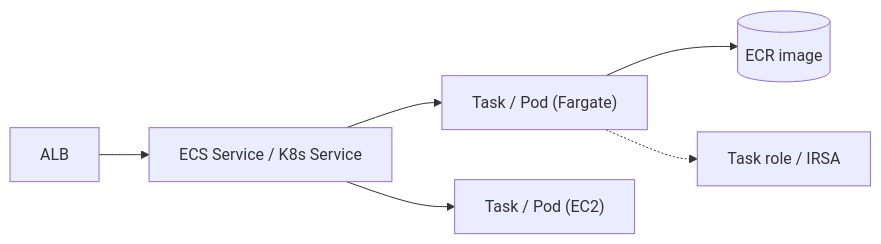
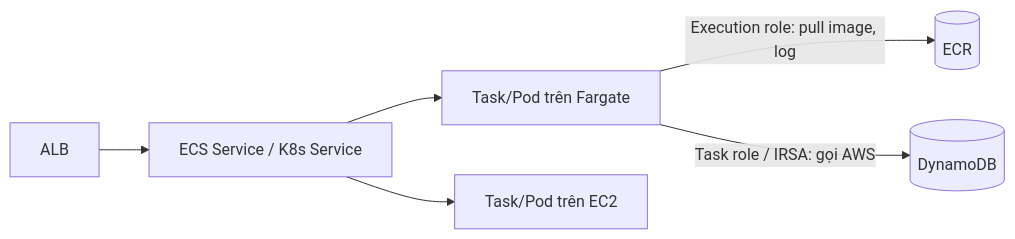
Before and after one commit to passion-Infinity/personal-tech-playbook: the diagram in src/assets/knowledge/playbooks/aws/ecs-eks-fargate.md, drawn with Mermaid. The commit also changed other lines of this file and 6 other files, not shown here.

````diff
--- a/src/assets/knowledge/playbooks/aws/ecs-eks-fargate.md
+++ b/src/assets/knowledge/playbooks/aws/ecs-eks-fargate.md
@@ -16,8 +34,8 @@
 ```mermaid
 flowchart LR
     ALB --> SVC["ECS Service / K8s Service"]
-    SVC --> T1["Task / Pod (Fargate)"]
-    SVC --> T2["Task / Pod (EC2)"]
-    T1 --> ECR[("ECR image")]
-    T1 -.-> IAM["Task role / IRSA"]
+    SVC --> T1["Task/Pod trên Fargate"]
+    SVC --> T2["Task/Pod trên EC2"]
+    T1 -->|"Execution role: pull image, log"| ECR[("ECR")]
+    T1 -->|"Task role / IRSA: gọi AWS"| DDB[(DynamoDB)]
 ```
````
